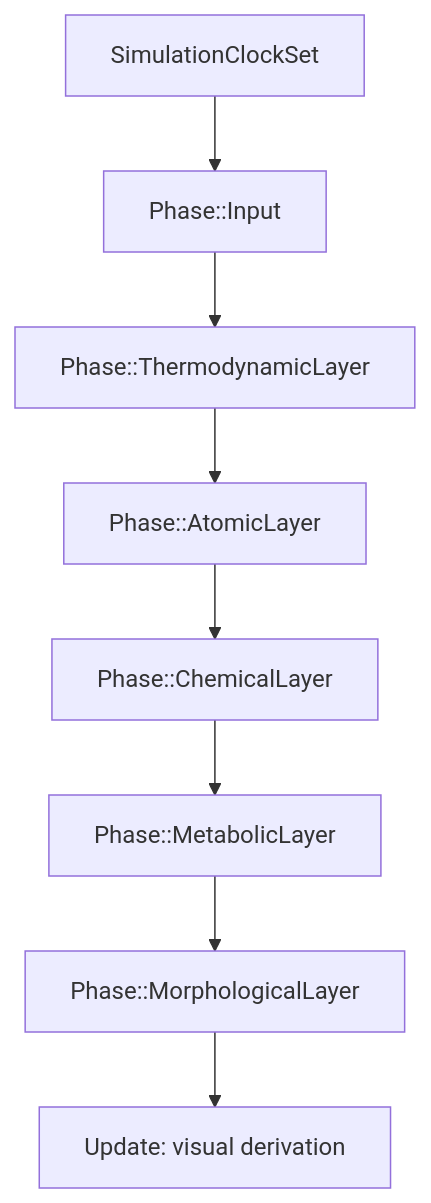
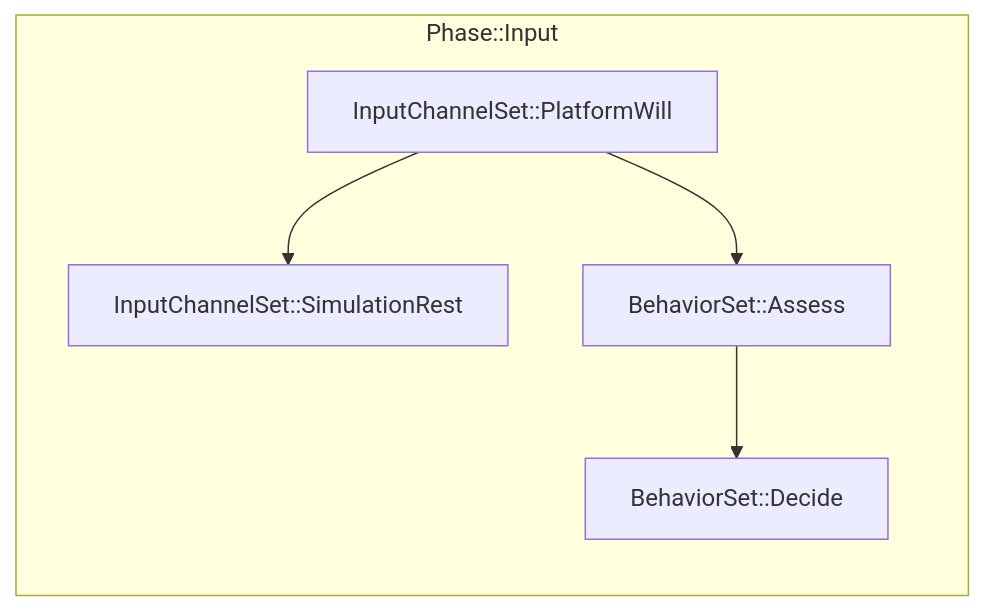
Before and after one commit to ResakaGit/RESONANCE: the second of 2 diagrams in docs/arquitectura/blueprint_simulation.md, drawn with Mermaid. The commit also changed other lines of this file and 420 other files, not shown here.

````diff
--- a/docs/arquitectura/blueprint_simulation.md
+++ b/docs/arquitectura/blueprint_simulation.md
@@ -90,19 +42,11 @@
 ```mermaid
-flowchart TD
-    clock["SimulationClockSet"]
-    input["Phase::Input"]
-    thermo["Phase::ThermodynamicLayer"]
-    atomic["Phase::AtomicLayer"]
-    chemical["Phase::ChemicalLayer"]
-    metabolic["Phase::MetabolicLayer"]
-    morph["Phase::MorphologicalLayer"]
-    visual["Update: visual derivation"]
-
-    clock --> input
-    input --> thermo
-    thermo --> atomic
-    atomic --> chemical
-    chemical --> metabolic
-    metabolic --> morph
-    morph --> visual
+flowchart LR
+    subgraph "Phase::Input"
+        PW["InputChannelSet::PlatformWill"]
+        SR["InputChannelSet::SimulationRest"]
+        BA["BehaviorSet::Assess"]
+        BD["BehaviorSet::Decide"]
+        PW --> SR
+        PW --> BA --> BD
+    end
 ```
````
